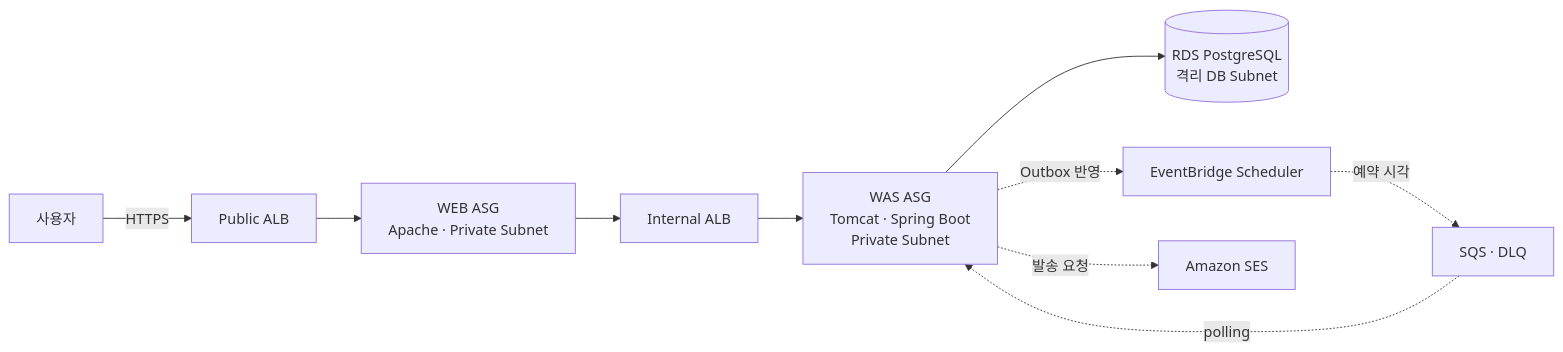
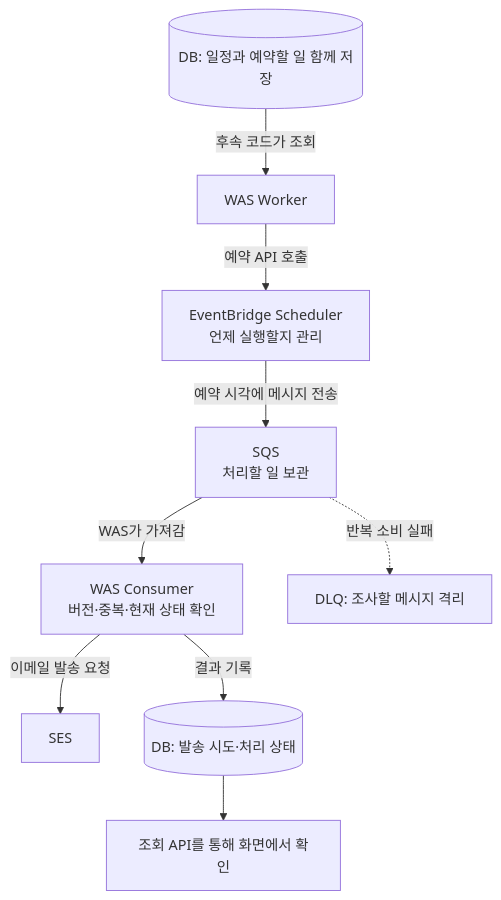
The second of 2 diagrams in README.md (grapefruit0205/middleproject), drawn with Mermaid before and after one commit. The commit also changed other lines of this file and 3 other files, not shown here.

Commit message:
docs: rebuild README and simplify architecture learning guide

````diff
--- a/README.md
+++ b/README.md
@@ -105,14 +74,11 @@
 ```mermaid
-flowchart LR
-    user["사용자"] -->|"HTTPS"| alb["Public ALB"]
-    alb --> web["WEB ASG<br/>Apache · Private Subnet"]
-    web --> ialb["Internal ALB"]
-    ialb --> was["WAS ASG<br/>Tomcat · Spring Boot<br/>Private Subnet"]
-    was --> db[("RDS PostgreSQL<br/>격리 DB Subnet")]
-
-    was -.->|"Outbox 반영"| scheduler["EventBridge Scheduler"]
-    scheduler -.->|"예약 시각"| queue["SQS · DLQ"]
-    queue -.->|"polling"| was
-    was -.->|"발송 요청"| ses["Amazon SES"]
-
+flowchart TD
+    D[("DB: 일정과 예약할 일 함께 저장")] -->|"후속 코드가 조회"| W["WAS Worker"]
+    W -->|"예약 API 호출"| S["EventBridge Scheduler<br/>언제 실행할지 관리"]
+    S -->|"예약 시각에 메시지 전송"| Q["SQS<br/>처리할 일 보관"]
+    Q -->|"WAS가 가져감"| C["WAS Consumer<br/>버전·중복·현재 상태 확인"]
+    C -->|"이메일 발송 요청"| E["SES"]
+    C -->|"결과 기록"| R[("DB: 발송 시도·처리 상태")]
+    R --> V["조회 API를 통해 화면에서 확인"]
+    Q -.->|"반복 소비 실패"| L["DLQ: 조사할 메시지 격리"]
 ```
````
